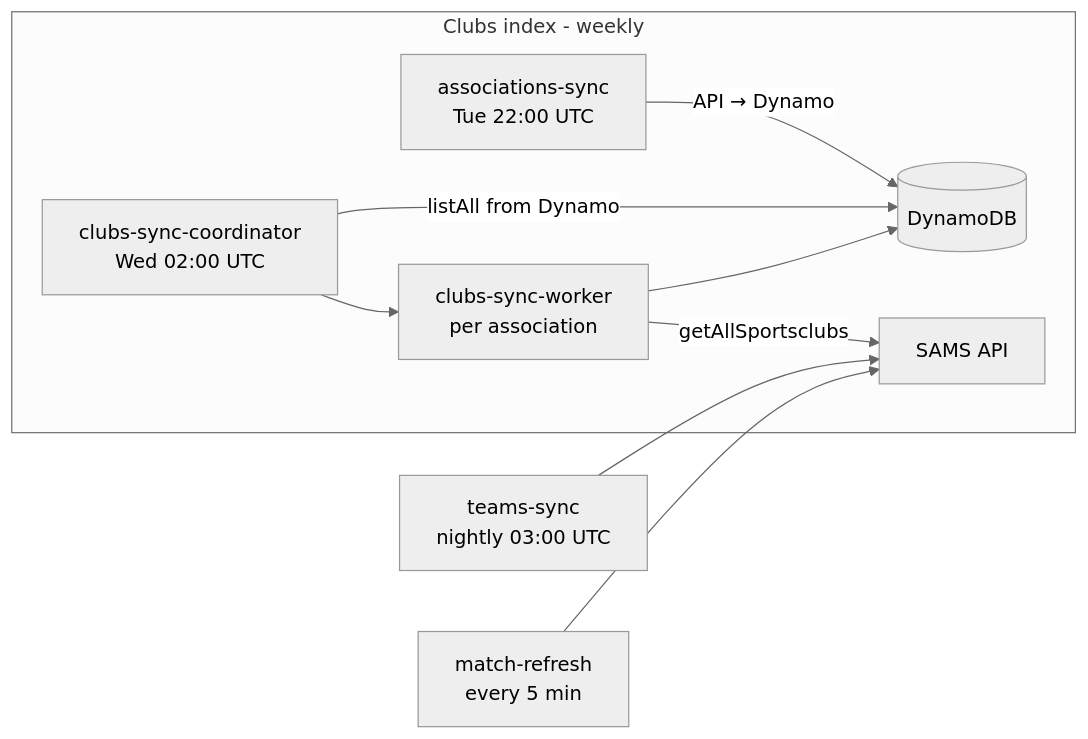
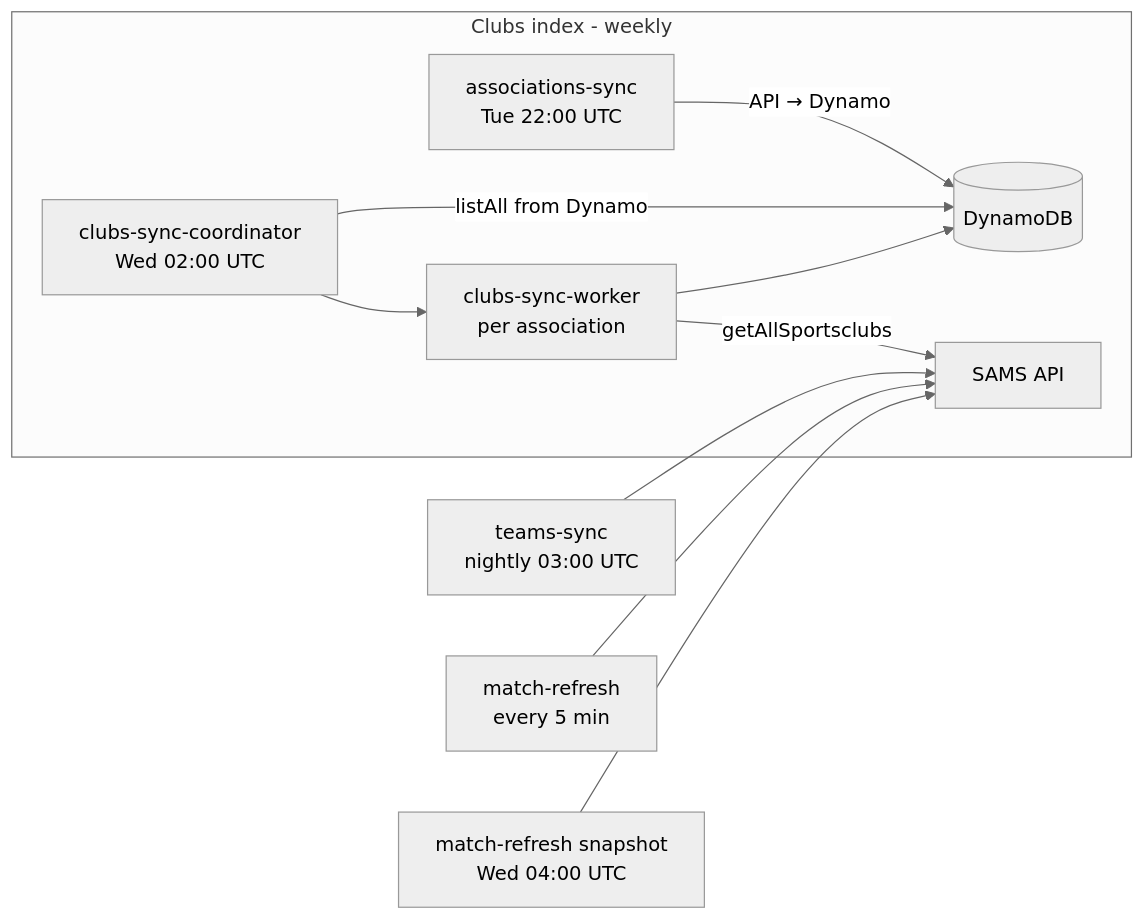
Before and after one commit to terijaki/sams-provider: the first of 2 diagrams in docs/sync.md, drawn with Mermaid (neutral theme). The commit also changed other lines of this file and 8 other files, not shown here.

````diff
--- a/docs/sync.md
+++ b/docs/sync.md
@@ -7,15 +7,16 @@
 ```mermaid
 flowchart LR
     subgraph clubsIndex [Clubs index - weekly]
         AssocSync["associations-sync\nTue 22:00 UTC"]
         ClubCoord["clubs-sync-coordinator\nWed 02:00 UTC"]
         ClubWorker["clubs-sync-worker\nper association"]
         AssocSync -->|"API → Dynamo"| DDB[(DynamoDB)]
         ClubCoord -->|"listAll from Dynamo"| DDB
         ClubCoord --> ClubWorker
         ClubWorker -->|"getAllSportsclubs"| SAMS[SAMS API]
         ClubWorker --> DDB
     end
     TeamsSync["teams-sync\nnightly 03:00 UTC"] --> SAMS
     MatchRefresh["match-refresh\nevery 5 min"] --> SAMS
+    MatchSnapshot["match-refresh snapshot\nWed 04:00 UTC"] --> SAMS
 ```
````
